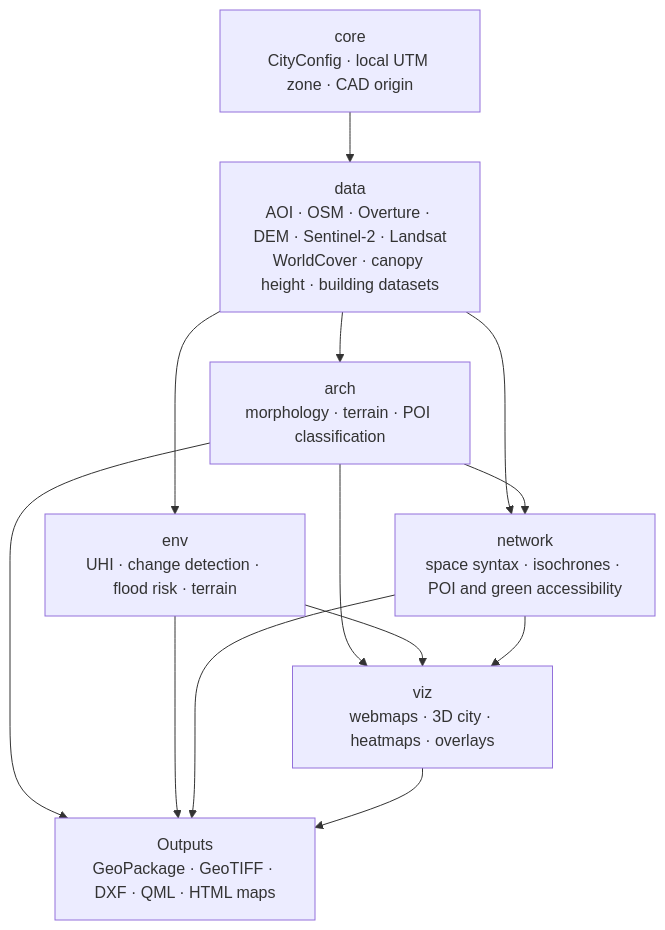
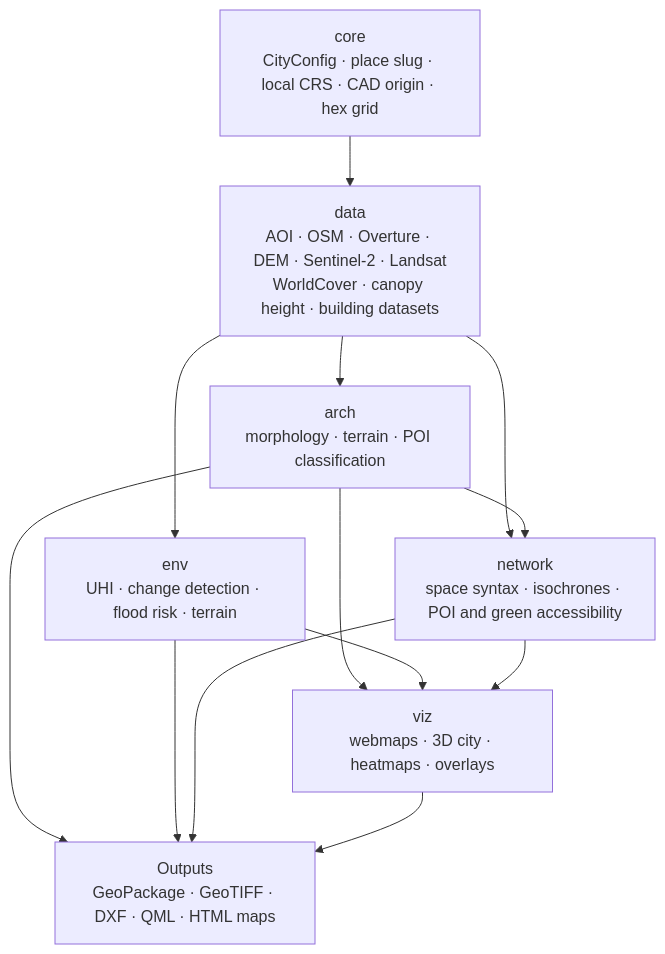
One commit to ArchiColab/sitex changed the first of 2 diagrams in README.md. Above: the diagram before and after it, drawn with Mermaid. The commit also changed other lines of this file, not shown here.

````diff
--- a/README.md
+++ b/README.md
@@ -81,23 +81,23 @@
 ```mermaid
 flowchart TD
-    CFG["core<br/>CityConfig · local UTM zone · CAD origin"]
+    CFG["core<br/>CityConfig · place slug · local CRS · CAD origin · hex grid"]
     DATA["data<br/>AOI · OSM · Overture · DEM · Sentinel-2 · Landsat<br/>WorldCover · canopy height · building datasets"]
     ARCH["arch<br/>morphology · terrain · POI classification"]
     ENV["env<br/>UHI · change detection · flood risk · terrain"]
     NET["network<br/>space syntax · isochrones · POI and green accessibility"]
     VIZ["viz<br/>webmaps · 3D city · heatmaps · overlays"]
     OUT["Outputs<br/>GeoPackage · GeoTIFF · DXF · QML · HTML maps"]
 
     CFG --> DATA
     DATA --> ARCH
     DATA --> ENV
     DATA --> NET
     ARCH --> NET
     ARCH --> VIZ
     ENV --> VIZ
     NET --> VIZ
     ARCH --> OUT
     ENV --> OUT
     NET --> OUT
     VIZ --> OUT
 ```
````
